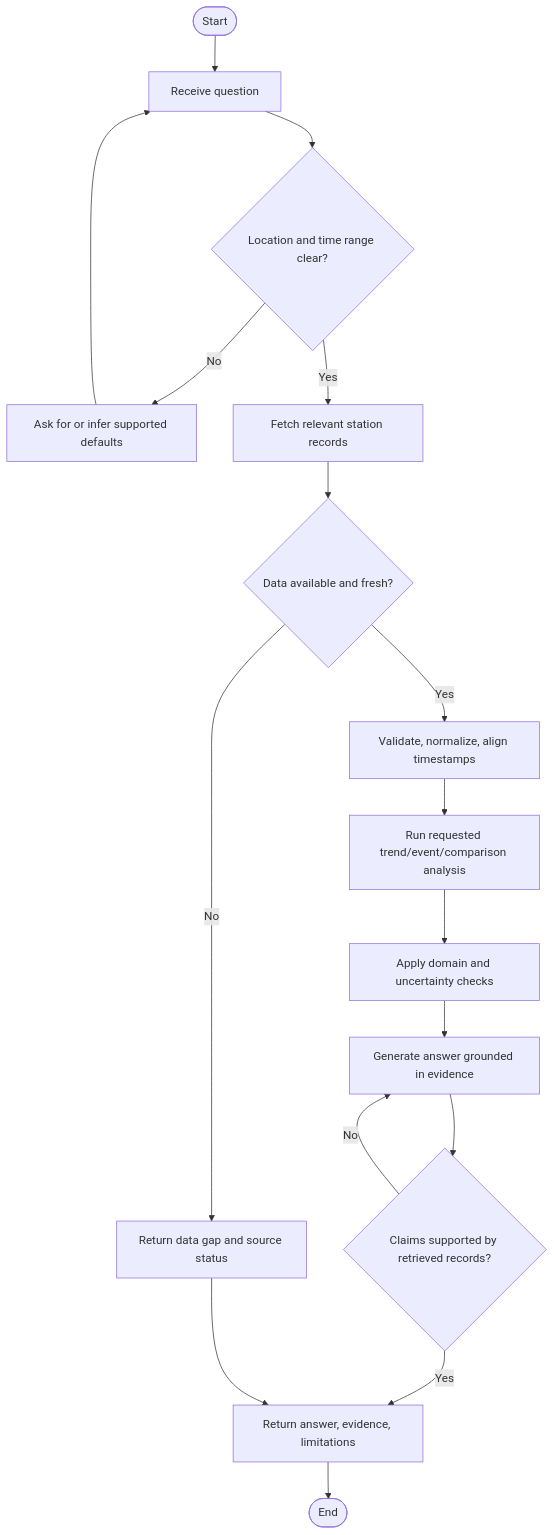
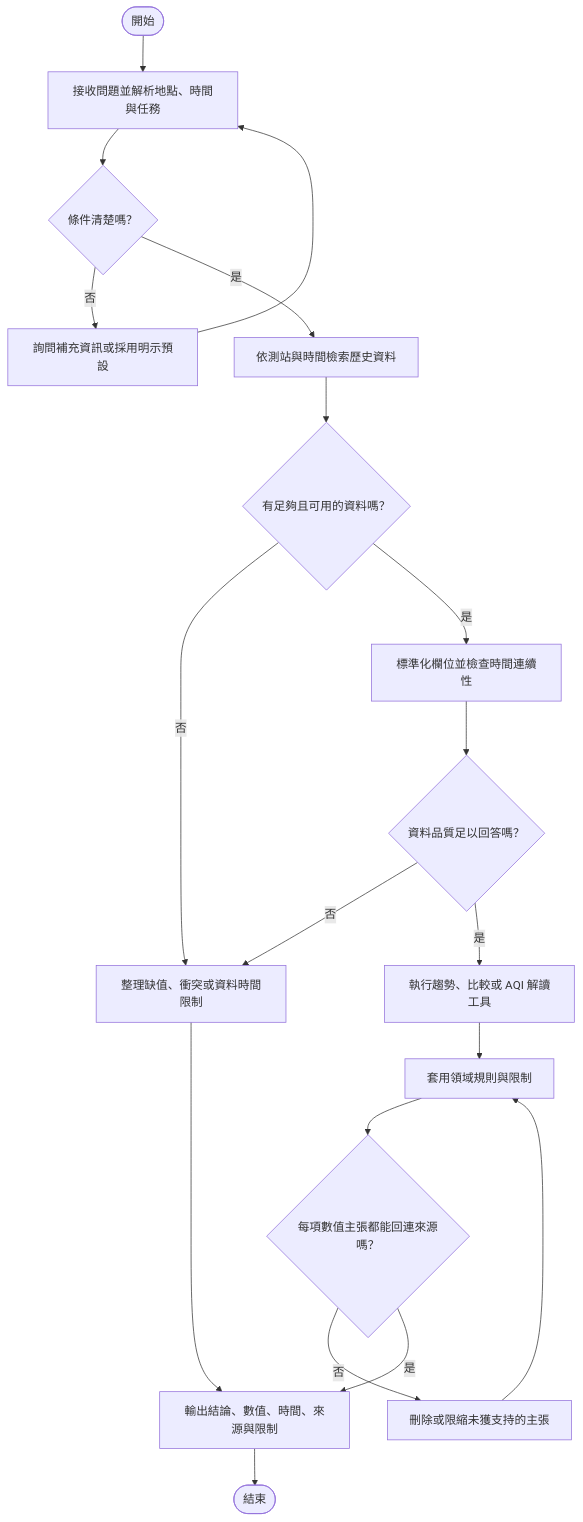
One commit to Jurass4207/IOT-Final-Project-Proposal changed the second of 2 diagrams in Proposal.md. Above: the diagram before and after it, drawn with Mermaid. The commit also changed other lines of this file and 6 other files, not shown here.

````diff
--- a/Proposal.md
+++ b/Proposal.md
@@ -158,19 +172,19 @@
 ```mermaid
 flowchart TD
-  S([Start]) --> I[Receive question]
-  I --> V{Location and time range clear?}
-  V -- No --> C[Ask for or infer supported defaults]
-  C --> I
-  V -- Yes --> F[Fetch relevant station records]
-  F --> D{Data available and fresh?}
-  D -- No --> E[Return data gap and source status]
-  D -- Yes --> P[Validate, normalize, align timestamps]
-  P --> A[Run requested trend/event/comparison analysis]
-  A --> K[Apply domain and uncertainty checks]
-  K --> G[Generate answer grounded in evidence]
-  G --> H{Claims supported by retrieved records?}
-  H -- No --> G
-  H -- Yes --> O[Return answer, evidence, limitations]
-  E --> O
-  O --> X([End])
+  S([開始]) --> Q[接收問題並解析地點、時間與任務]
+  Q --> C{條件清楚嗎？}
+  C -- 否 --> A[詢問補充資訊或採用明示預設] --> Q
+  C -- 是 --> R[依測站與時間檢索歷史資料]
+  R --> D{有足夠且可用的資料嗎？}
+  D -- 否 --> L[整理缺值、衝突或資料時間限制]
+  D -- 是 --> P[標準化欄位並檢查時間連續性]
+  P --> T{資料品質足以回答嗎？}
+  T -- 否 --> L
+  T -- 是 --> N[執行趨勢、比較或 AQI 解讀工具]
+  N --> K[套用領域規則與限制]
+  K --> V{每項數值主張都能回連來源嗎？}
+  V -- 否 --> X[刪除或限縮未獲支持的主張] --> K
+  V -- 是 --> O[輸出結論、數值、時間、來源與限制]
+  L --> O
+  O --> E([結束])
 ```
````
